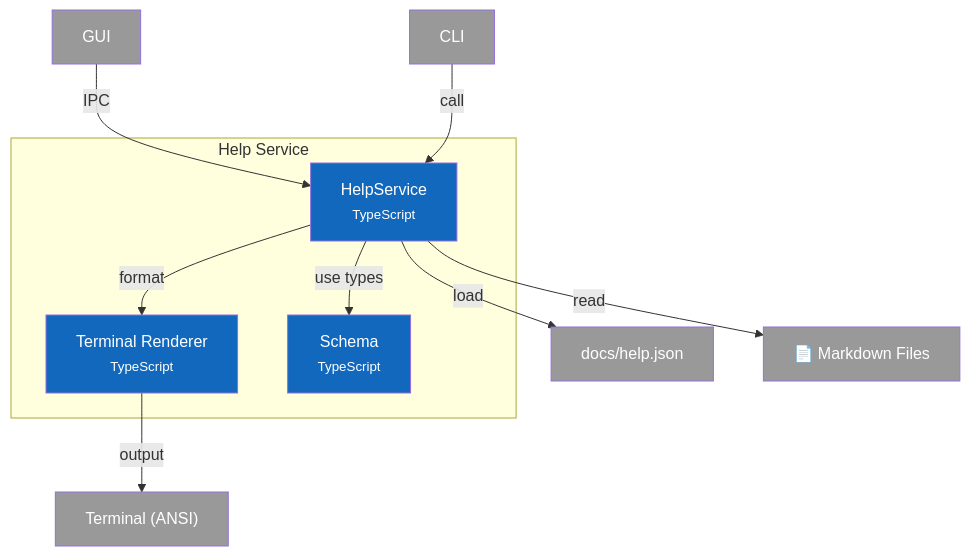
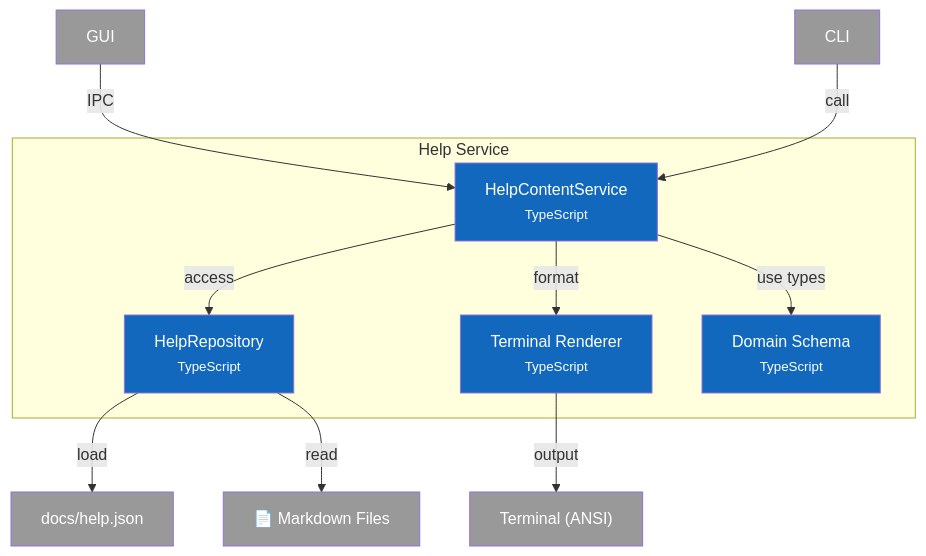
The diagram in docs/c4/component-help.md (louipr/cyrus-code), drawn with Mermaid before and after one commit. The commit also changed other lines of this file and 14 other files, not shown here.

First line of the commit message:
docs: comprehensive C4 documentation review and MermaidParser implementation

````diff
--- a/docs/c4/component-help.md
+++ b/docs/c4/component-help.md
@@ -9,23 +9,25 @@
 ```mermaid
 flowchart TD
     subgraph help ["Help Service"]
-        service["HelpService<br/><small>TypeScript</small>"]
+        service["HelpContentService<br/><small>TypeScript</small>"]
+        repository["HelpRepository<br/><small>TypeScript</small>"]
         renderer["Terminal Renderer<br/><small>TypeScript</small>"]
-        schema["Schema<br/><small>TypeScript</small>"]
+        schema["Domain Schema<br/><small>TypeScript</small>"]
     end
 
-    service -->|"load"| manifest["docs/help.json"]
-    service -->|"read"| topics["📄 Markdown Files"]
+    service -->|"access"| repository
+    repository -->|"load"| manifest["docs/help.json"]
+    repository -->|"read"| topics["📄 Markdown Files"]
     service -->|"format"| renderer
     renderer -->|"output"| terminal["Terminal (ANSI)"]
     service -->|"use types"| schema
 
     gui["GUI"] -->|"IPC"| service
     cli["CLI"] -->|"call"| service
 
     classDef component fill:#1168bd,color:#fff
     classDef external fill:#999,color:#fff
 
-    class service,renderer,schema component
+    class service,repository,renderer,schema component
     class manifest,topics,terminal,gui,cli external
 ```
````
